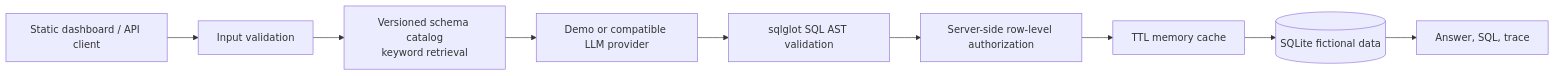
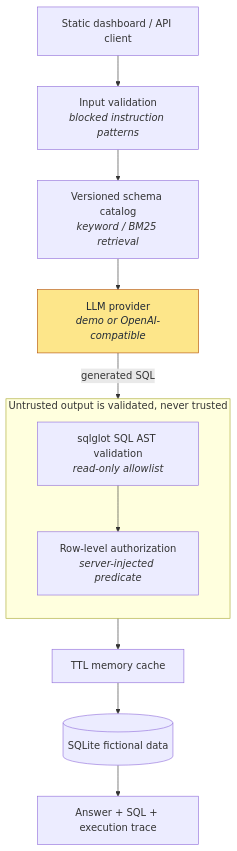
The diagram in README.md (jliu4950/queryguard), drawn with Mermaid before and after one commit. The commit also changed other lines of this file, not shown here.

Commit message:
Render the architecture diagram top-down
flowchart LR with eight nodes collapses into an unreadable horizontal strip at
GitHub's README column width. Switch to TB, group the two enforcement stages in
a subgraph, and highlight the LLM as the single untrusted step.

````diff
--- a/README.md
+++ b/README.md
@@ -11,11 +15,21 @@
 ```mermaid
-flowchart LR
-  U[Static dashboard / API client] --> I[Input validation]
-  I --> R[Versioned schema catalog\nkeyword retrieval]
-  R --> L[Demo or compatible LLM provider]
-  L --> V[sqlglot SQL AST validation]
-  V --> A[Server-side row-level authorization]
-  A --> C[TTL memory cache]
-  C --> D[(SQLite fictional data)]
-  D --> T[Answer, SQL, trace]
+flowchart TB
+  U["Static dashboard / API client"] --> I["Input validation<br/><i>blocked instruction patterns</i>"]
+  I --> R["Versioned schema catalog<br/><i>keyword / BM25 retrieval</i>"]
+  R --> L["LLM provider<br/><i>demo or OpenAI-compatible</i>"]
+
+  subgraph guard ["Untrusted output is validated, never trusted"]
+    direction TB
+    V["sqlglot SQL AST validation<br/><i>read-only allowlist</i>"]
+    A["Row-level authorization<br/><i>server-injected predicate</i>"]
+    V --> A
+  end
+
+  L -- "generated SQL" --> V
+  A --> C["TTL memory cache"]
+  C --> D[("SQLite fictional data")]
+  D --> T["Answer + SQL + execution trace"]
+
+  classDef untrusted fill:#fde68a,stroke:#b45309,color:#1f2937
+  class L untrusted
 ```
````
